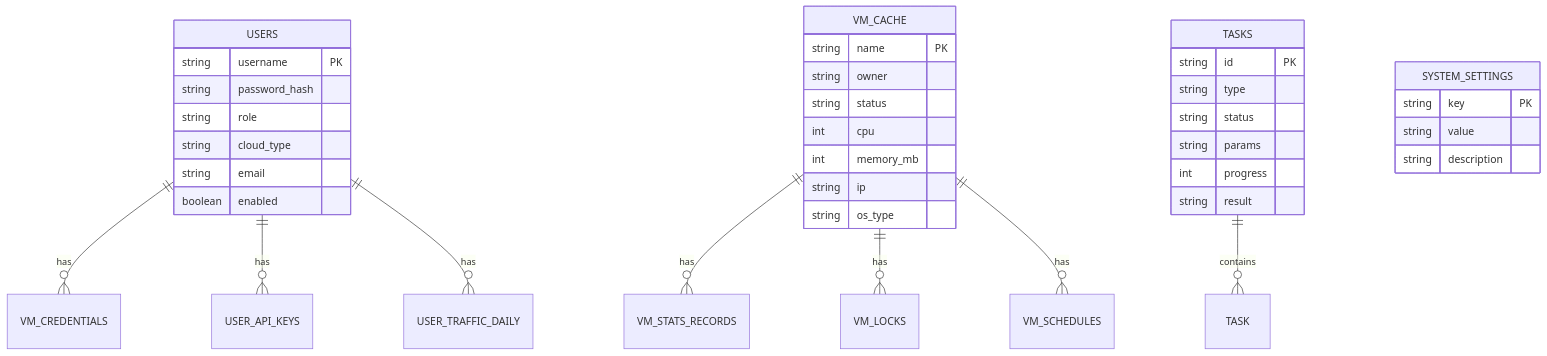
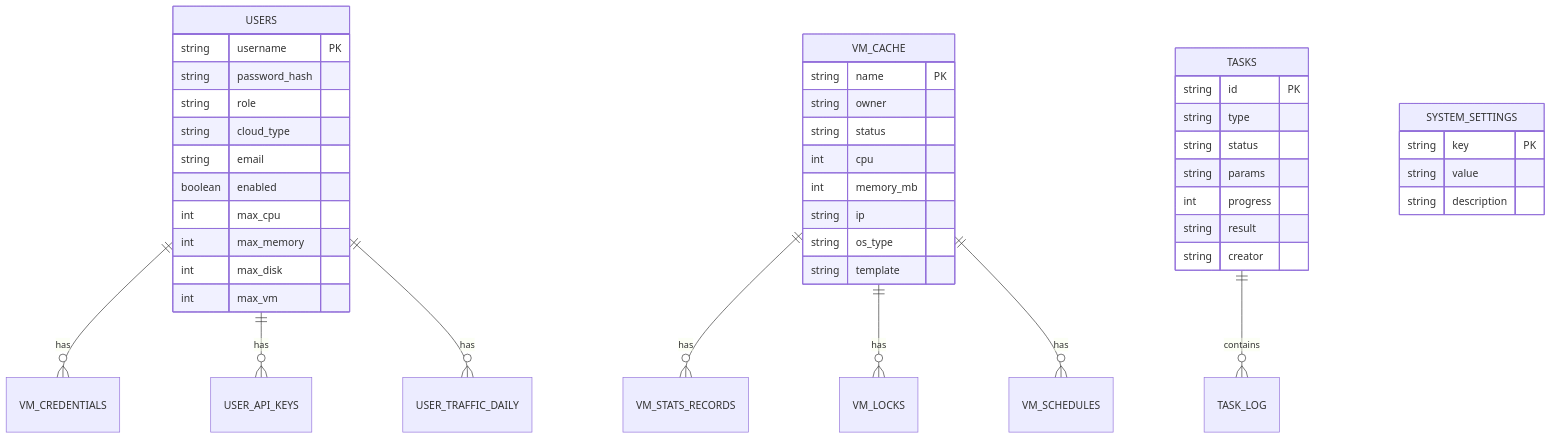
One commit to QVMConsole/docs changed the ninth of 18 diagrams in docs/feature-analysis/qvmconsole-architecture.mdx. Above: the diagram before and after it, drawn with Mermaid. The commit also changed other lines of this file, not shown here.

````diff
--- a/docs/feature-analysis/qvmconsole-architecture.mdx
+++ b/docs/feature-analysis/qvmconsole-architecture.mdx
@@ -281,46 +420,52 @@
 ```mermaid
 erDiagram
     USERS ||--o{ VM_CREDENTIALS : has
     USERS ||--o{ USER_API_KEYS : has
     USERS ||--o{ USER_TRAFFIC_DAILY : has
     
     VM_CACHE ||--o{ VM_STATS_RECORDS : has
     VM_CACHE ||--o{ VM_LOCKS : has
     VM_CACHE ||--o{ VM_SCHEDULES : has
     
-    TASKS ||--o{ TASK : contains
+    TASKS ||--o{ TASK_LOG : contains
     
     SYSTEM_SETTINGS {
         string key PK
         string value
         string description
     }
     
     USERS {
         string username PK
         string password_hash
         string role
         string cloud_type
         string email
         boolean enabled
+        int max_cpu
+        int max_memory
+        int max_disk
+        int max_vm
     }
     
     VM_CACHE {
         string name PK
         string owner
         string status
         int cpu
         int memory_mb
         string ip
         string os_type
+        string template
     }
     
     TASKS {
         string id PK
         string type
         string status
         string params
         int progress
         string result
+        string creator
     }
 ```
````
